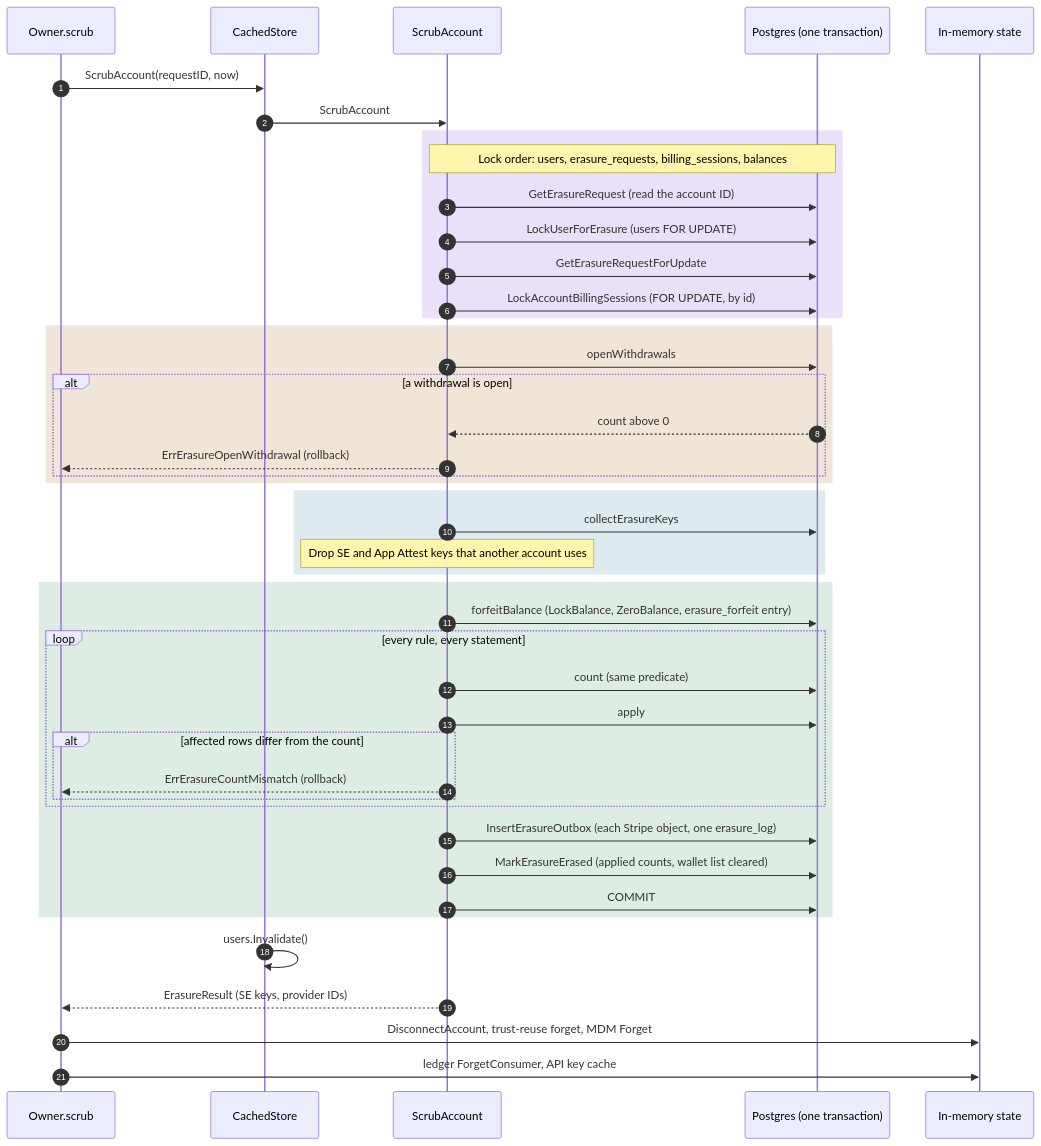
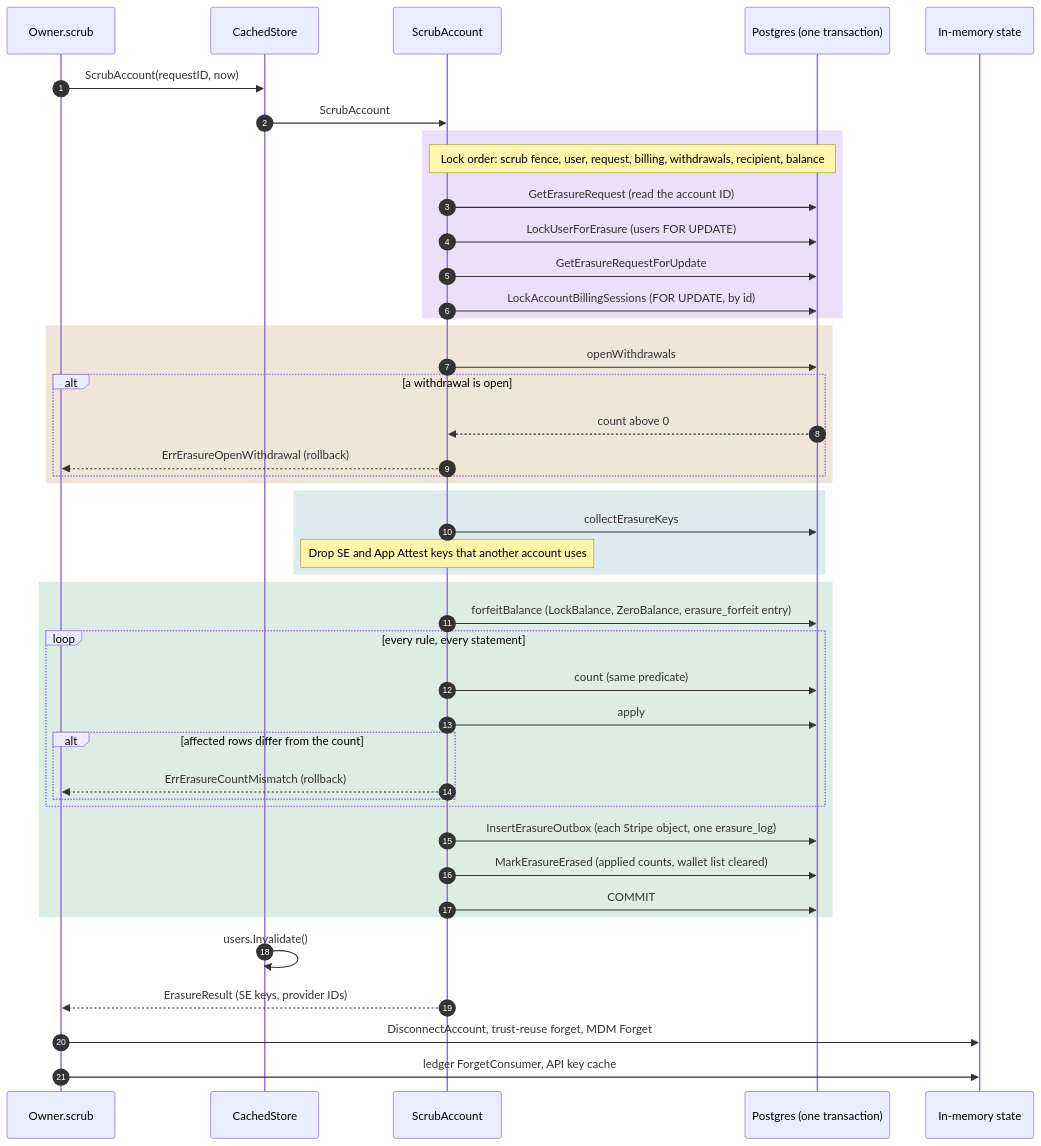
Before and after one commit to Layr-Labs/d-inference: the third of 3 diagrams in docs/architecture/account-erasure.md, drawn with Mermaid. The commit also changed other lines of this file and 24 other files, not shown here.

````diff
--- a/docs/architecture/account-erasure.md
+++ b/docs/architecture/account-erasure.md
@@ -150,47 +150,47 @@
 ```mermaid
 sequenceDiagram
   autonumber
   participant X as Owner.scrub
   participant C as CachedStore
   participant S as ScrubAccount
   participant DB as Postgres (one transaction)
   participant M as In-memory state
 
   X->>C: ScrubAccount(requestID, now)
   C->>S: ScrubAccount
   rect rgba(109, 40, 217, 0.14)
-    Note over S,DB: Lock order: users, erasure_requests, billing_sessions, balances
+    Note over S,DB: Lock order: scrub fence, user, request, billing, withdrawals, recipient, balance
     S->>DB: GetErasureRequest (read the account ID)
     S->>DB: LockUserForErasure (users FOR UPDATE)
     S->>DB: GetErasureRequestForUpdate
     S->>DB: LockAccountBillingSessions (FOR UPDATE, by id)
   end
   rect rgba(161, 98, 7, 0.16)
     S->>DB: openWithdrawals
     alt a withdrawal is open
       DB-->>S: count above 0
       S-->>X: ErrErasureOpenWithdrawal (rollback)
     end
   end
   rect rgba(14, 116, 144, 0.14)
     S->>DB: collectErasureKeys
     Note over S: Drop SE and App Attest keys that another account uses
   end
   rect rgba(21, 128, 61, 0.14)
     S->>DB: forfeitBalance (LockBalance, ZeroBalance, erasure_forfeit entry)
     loop every rule, every statement
       S->>DB: count (same predicate)
       S->>DB: apply
       alt affected rows differ from the count
         S-->>X: ErrErasureCountMismatch (rollback)
       end
     end
     S->>DB: InsertErasureOutbox (each Stripe object, one erasure_log)
     S->>DB: MarkErasureErased (applied counts, wallet list cleared)
     S->>DB: COMMIT
   end
   C->>C: users.Invalidate()
   S-->>X: ErasureResult (SE keys, provider IDs)
   X->>M: DisconnectAccount, trust-reuse forget, MDM Forget
   X->>M: ledger ForgetConsumer, API key cache
 ```
````
